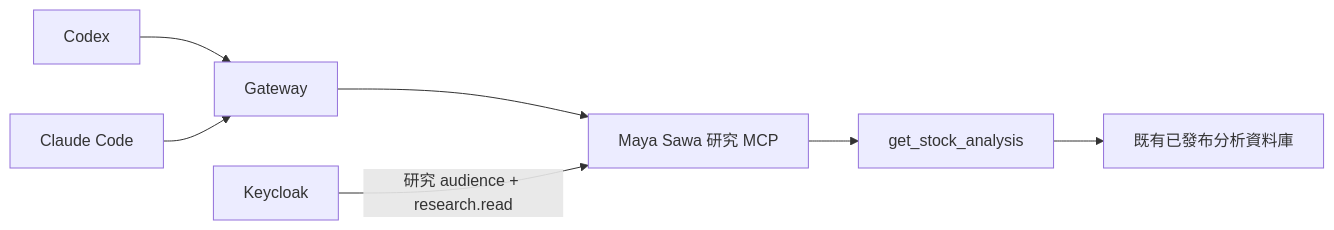
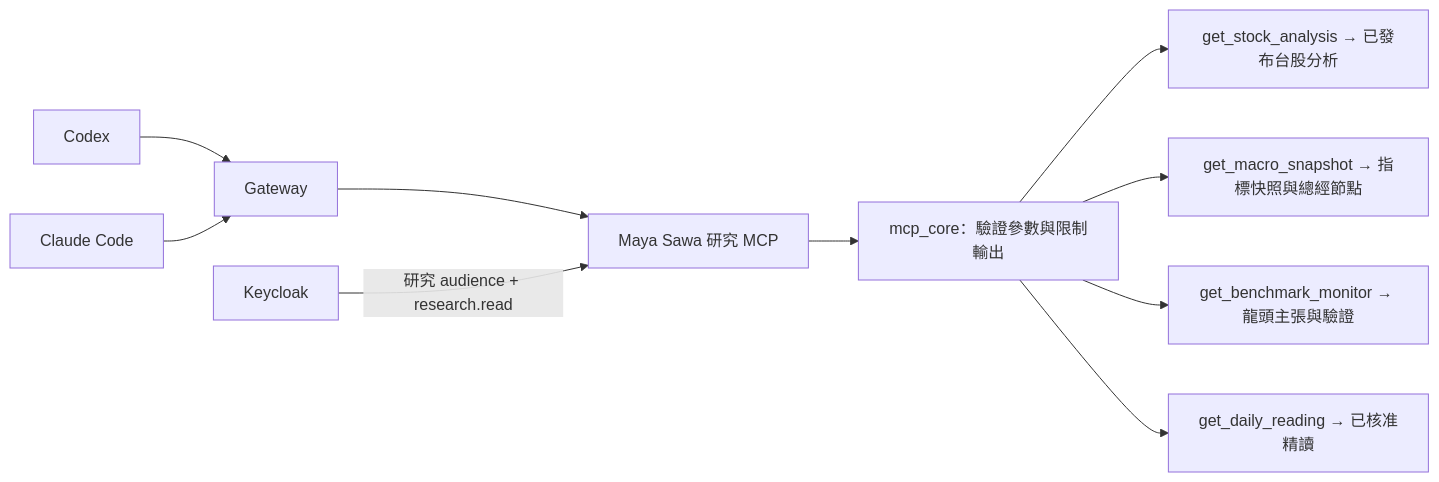
The diagram in docs/RESEARCH_MCP.md (Vinskao/maya-sawa), drawn with Mermaid before and after one commit. The commit also changed other lines of this file and 9 other files, not shown here.

Commit message:
Expand research MCP with macro, benchmark and daily reading tools

````diff
--- a/docs/RESEARCH_MCP.md
+++ b/docs/RESEARCH_MCP.md
@@ -10,9 +34,12 @@
 ```mermaid
 flowchart LR
     Codex --> Gateway
     Claude["Claude Code"] --> Gateway
     Gateway --> MCP["Maya Sawa 研究 MCP"]
     Keycloak -->|"研究 audience + research.read"| MCP
-    MCP --> Lookup["get_stock_analysis"]
-    Lookup --> DB["既有已發布分析資料庫"]
+    MCP --> Core["mcp_core：驗證參數與限制輸出"]
+    Core --> Stock["get_stock_analysis → 已發布台股分析"]
+    Core --> Macro["get_macro_snapshot → 指標快照與總經節點"]
+    Core --> Benchmark["get_benchmark_monitor → 龍頭主張與驗證"]
+    Core --> Daily["get_daily_reading → 已核准精讀"]
 ```
````
